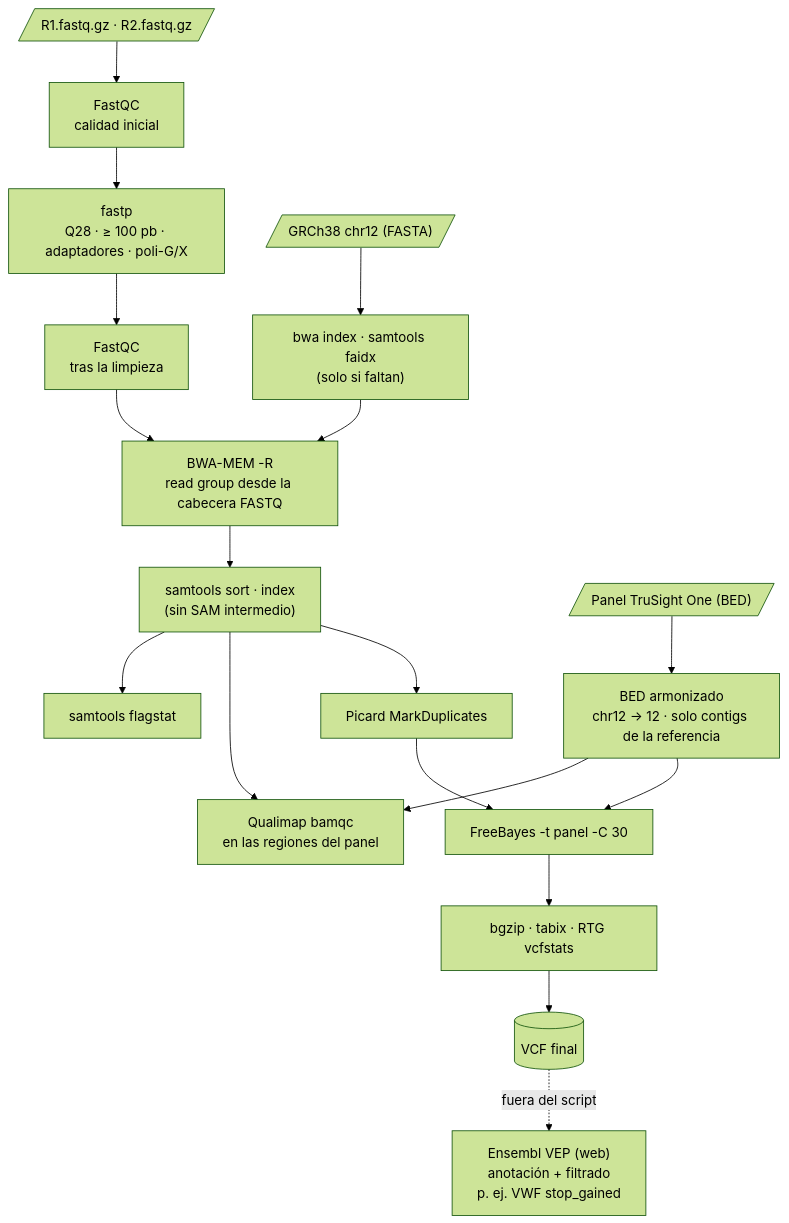
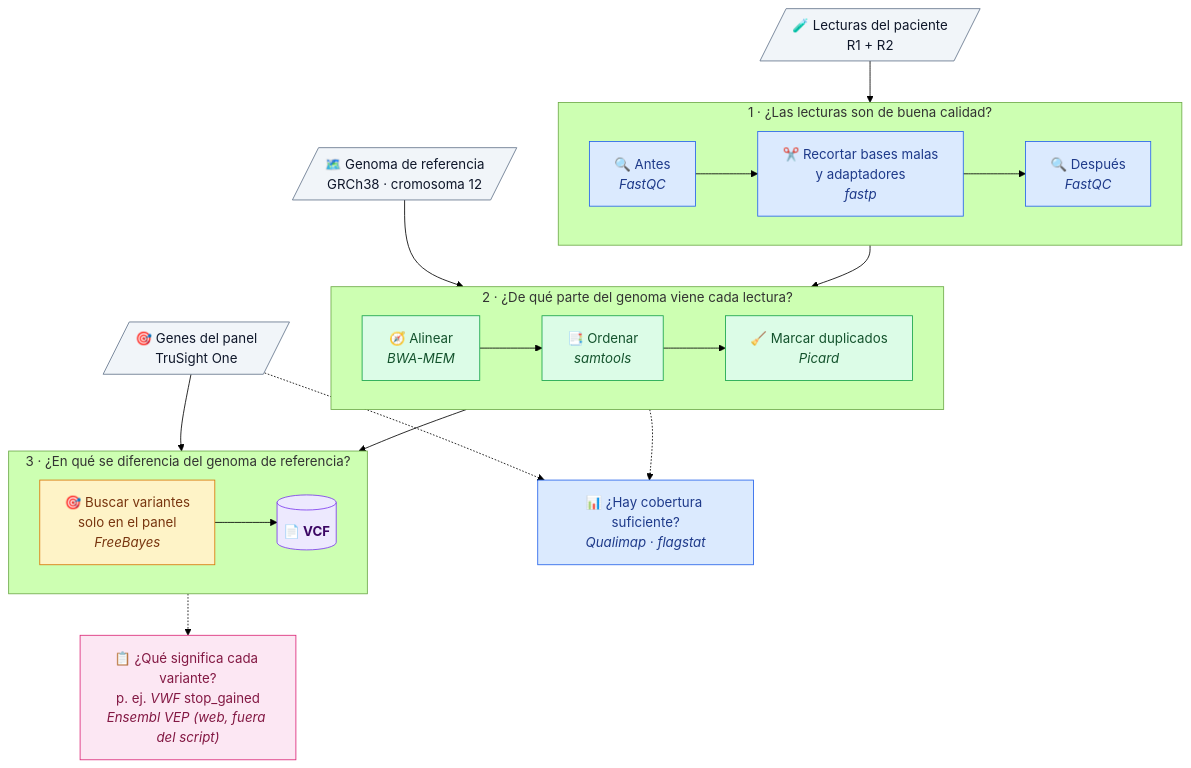
Before and after one commit to AndoniM12/ngs-pipelines: the third of 8 diagrams in README.md, drawn with Mermaid (forest theme). The commit also changed other lines of this file, not shown here.

First line of the commit message:
Diagramas más visuales en el README y nota sobre emrD

````diff
--- a/README.md
+++ b/README.md
@@ -168,20 +192,46 @@
 ```mermaid
 flowchart TD
-    R1[/"R1.fastq.gz · R2.fastq.gz"/] --> QC1["FastQC<br/>calidad inicial"]
-    QC1 --> FP["fastp<br/>Q28 · ≥ 100 pb · adaptadores · poli-G/X"]
-    FP --> QC2["FastQC<br/>tras la limpieza"]
-    REF[/"GRCh38 chr12 (FASTA)"/] --> IDX["bwa index · samtools faidx<br/>(solo si faltan)"]
-    QC2 --> BWA["BWA-MEM -R<br/>read group desde la cabecera FASTQ"]
-    IDX --> BWA
-    BWA --> SORT["samtools sort · index<br/>(sin SAM intermedio)"]
-    BED[/"Panel TruSight One (BED)"/] --> HB["BED armonizado<br/>chr12 → 12 · solo contigs de la referencia"]
-    SORT --> FS["samtools flagstat"]
-    SORT --> QM["Qualimap bamqc<br/>en las regiones del panel"]
-    HB --> QM
-    SORT --> MD["Picard MarkDuplicates"]
-    MD --> FB["FreeBayes -t panel -C 30"]
-    HB --> FB
-    FB --> ST["bgzip · tabix · RTG vcfstats"]
-    ST --> OUT[("VCF final")]
-    OUT -. "fuera del script" .-> VEP["Ensembl VEP (web)<br/>anotación + filtrado<br/>p. ej. VWF stop_gained"]
+    IN[/"🧪 Lecturas del paciente<br/>R1 + R2"/]
+    REF[/"🗺️ Genoma de referencia<br/>GRCh38 · cromosoma 12"/]
+    BED[/"🎯 Genes del panel<br/>TruSight One"/]
+
+    subgraph S1["1 · ¿Las lecturas son de buena calidad?"]
+        direction LR
+        QC1["🔍 Antes<br/><i>FastQC</i>"] --> FP["✂️ Recortar bases malas<br/>y adaptadores<br/><i>fastp</i>"] --> QC2["🔍 Después<br/><i>FastQC</i>"]
+    end
+
+    subgraph S2["2 · ¿De qué parte del genoma viene cada lectura?"]
+        direction LR
+        BWA["🧭 Alinear<br/><i>BWA-MEM</i>"] --> SORT["📑 Ordenar<br/><i>samtools</i>"] --> MD["🧹 Marcar duplicados<br/><i>Picard</i>"]
+    end
+
+    subgraph S3["3 · ¿En qué se diferencia del genoma de referencia?"]
+        direction LR
+        FB["🎯 Buscar variantes<br/>solo en el panel<br/><i>FreeBayes</i>"] --> VCF[("📄 VCF")]
+    end
+
+    CTRL["📊 ¿Hay cobertura suficiente?<br/><i>Qualimap · flagstat</i>"]
+    VEP["📋 ¿Qué significa cada variante?<br/>p. ej. <i>VWF</i> stop_gained<br/><i>Ensembl VEP (web, fuera del script)</i>"]
+
+    IN --> QC1
+    QC2 --> BWA
+    REF --> BWA
+    SORT -.-> CTRL
+    MD --> FB
+    BED --> FB
+    BED -.-> CTRL
+    VCF -.-> VEP
+
+    class IN,REF,BED dato
+    class QC1,FP,QC2,CTRL qc
+    class BWA,SORT,MD proc
+    class FB ana
+    class VCF res
+    class VEP inter
+    classDef dato fill:#f1f5f9,stroke:#64748b,color:#0f172a
+    classDef qc fill:#dbeafe,stroke:#2563eb,color:#1e3a8a
+    classDef proc fill:#dcfce7,stroke:#16a34a,color:#14532d
+    classDef ana fill:#fef3c7,stroke:#d97706,color:#78350f
+    classDef inter fill:#fce7f3,stroke:#db2777,color:#831843
+    classDef res fill:#ede9fe,stroke:#7c3aed,color:#3b0764,font-weight:bold
 ```
````
